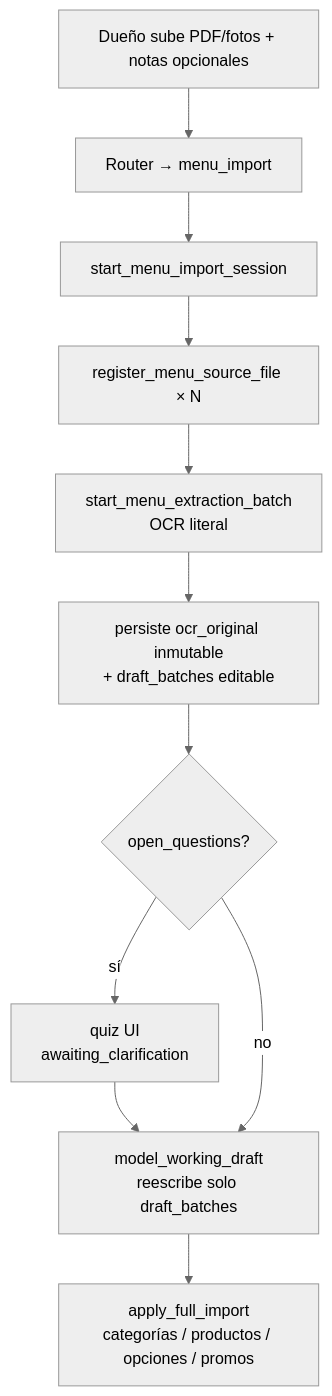
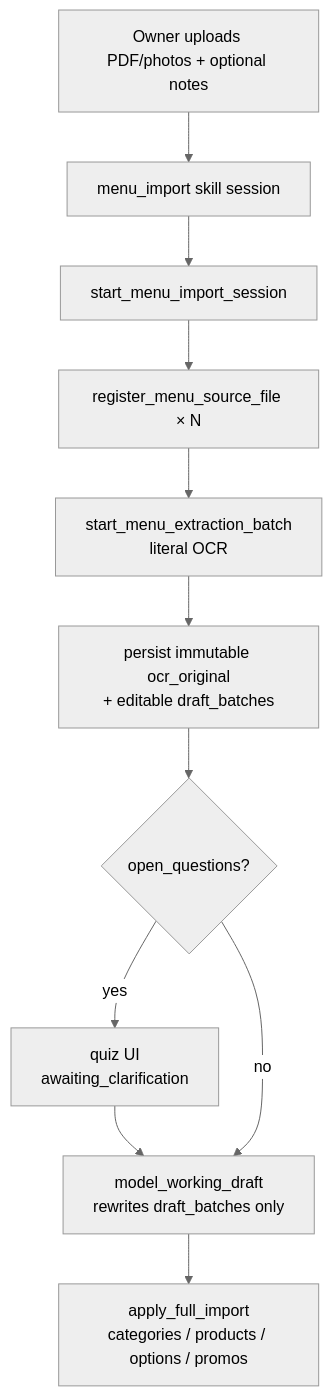
Before and after one commit to coderTtxi12/venddelo-ai: the second of 3 diagrams in README.md, drawn with Mermaid (neutral theme). The commit also changed other lines of this file, not shown here.

First line of the commit message:
docs: rewrite README for Mexy Agent orchestrator architecture

````diff
--- a/README.md
+++ b/README.md
@@ -237,13 +263,13 @@
 ```mermaid
 flowchart TD
-  A[Dueño sube PDF/fotos + notas opcionales] --> B[Router → menu_import]
+  A[Owner uploads PDF/photos + optional notes] --> B[menu_import skill session]
   B --> C[start_menu_import_session]
   C --> D[register_menu_source_file × N]
-  D --> E[start_menu_extraction_batch<br/>OCR literal]
-  E --> F[persiste ocr_original inmutable<br/>+ draft_batches editable]
+  D --> E[start_menu_extraction_batch<br/>literal OCR]
+  E --> F[persist immutable ocr_original<br/>+ editable draft_batches]
   F --> G{open_questions?}
-  G -->|sí| H[quiz UI<br/>awaiting_clarification]
-  H --> I[model_working_draft<br/>reescribe solo draft_batches]
+  G -->|yes| H[quiz UI<br/>awaiting_clarification]
+  H --> I[model_working_draft<br/>rewrites draft_batches only]
   G -->|no| I
-  I --> J[apply_full_import<br/>categorías / productos / opciones / promos]
+  I --> J[apply_full_import<br/>categories / products / options / promos]
 ```
````
